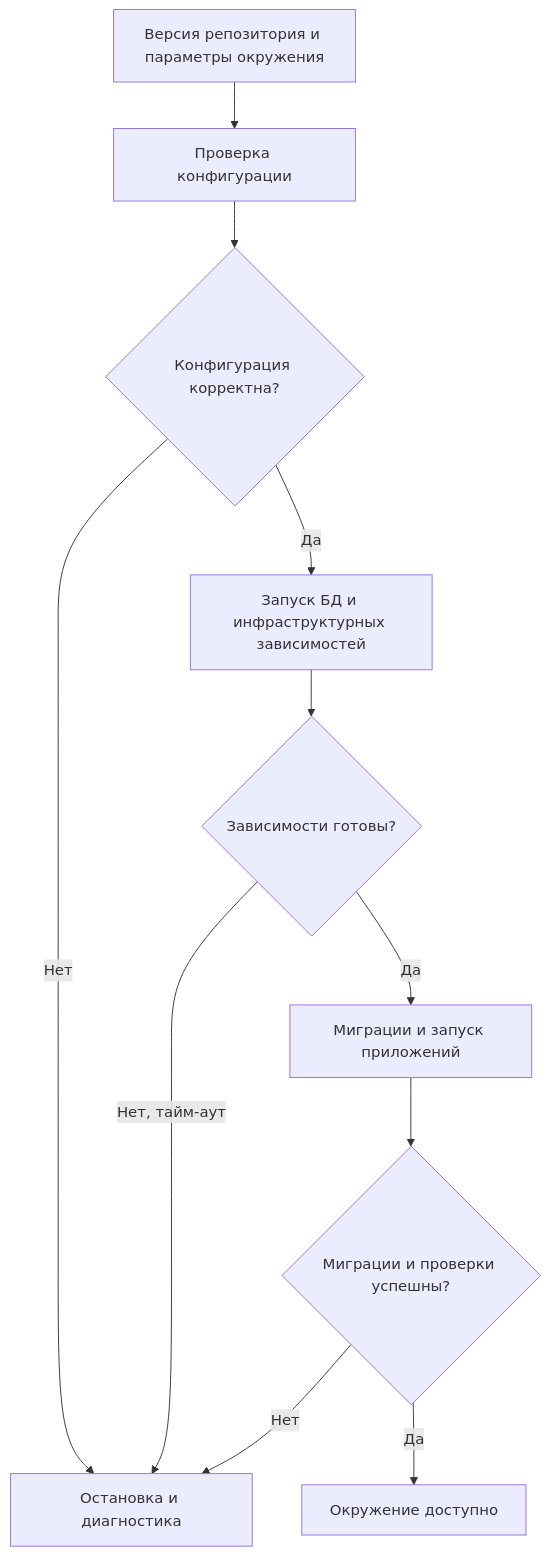
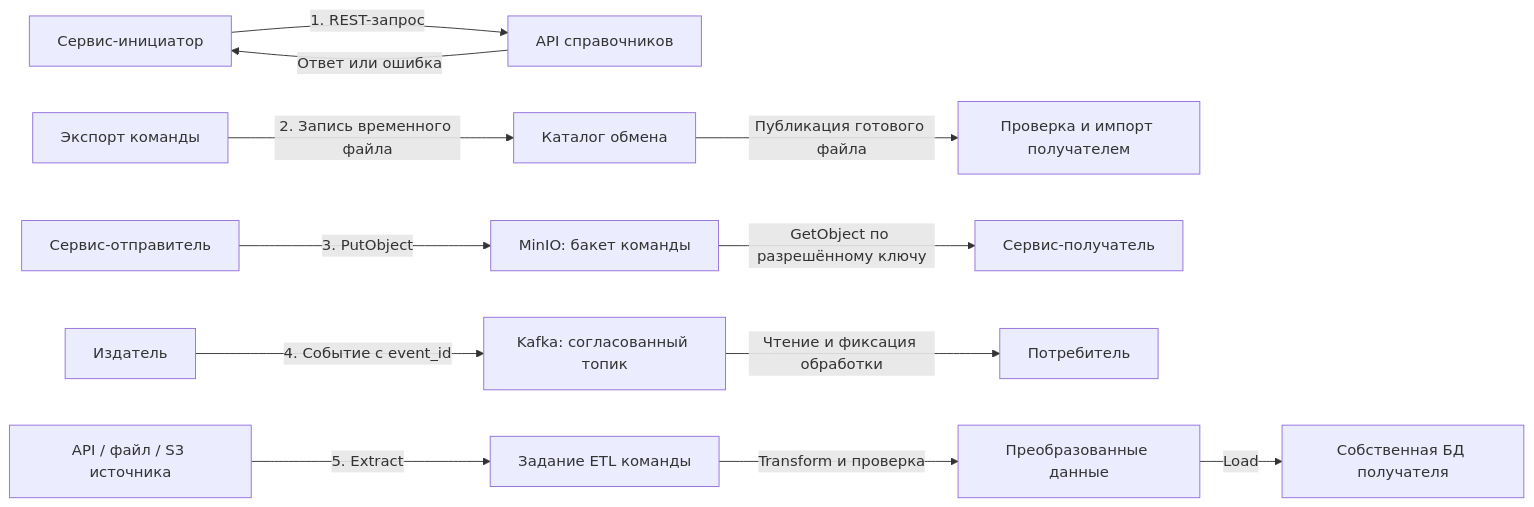
The third of 6 diagrams in infra/vision.md (MEPhI-C22-501/arch-info-system-monorepo), drawn with Mermaid before and after one commit. The commit also changed other lines of this file and 5 other files, not shown here.

Commit message:
Consolidate infrastructure vision and integration architecture

````diff
--- a/infra/vision.md
+++ b/infra/vision.md
@@ -41,13 +92,14 @@
 ```mermaid
-flowchart TD
-    A[Версия репозитория и параметры окружения] --> B[Проверка конфигурации]
-    B --> C{Конфигурация корректна?}
-    C -->|Нет| X[Остановка и диагностика]
-    C -->|Да| D[Запуск БД и инфраструктурных зависимостей]
-    D --> E{Зависимости готовы?}
-    E -->|Нет, тайм-аут| X
-    E -->|Да| F[Миграции и запуск приложений]
-    F --> G{Миграции и проверки успешны?}
-    G -->|Нет| X
-    G -->|Да| H[Окружение доступно]
+flowchart LR
+    A[Сервис-инициатор] -->|1. REST-запрос| R[API справочников]
+    R -->|Ответ или ошибка| A
+    F[Экспорт команды] -->|2. Запись временного файла| D[Каталог обмена]
+    D -->|Публикация готового файла| I[Проверка и импорт получателем]
+    P[Сервис-отправитель] -->|3. PutObject| S[MinIO: бакет команды]
+    S -->|GetObject по разрешённому ключу| C[Сервис-получатель]
+    E[Издатель] -->|4. Событие с event_id| K[Kafka: согласованный топик]
+    K -->|Чтение и фиксация обработки| Q[Потребитель]
+    O[API / файл / S3 источника] -->|5. Extract| X[Задание ETL команды]
+    X -->|Transform и проверка| T[Преобразованные данные]
+    T -->|Load| B[Собственная БД получателя]
 ```
````
